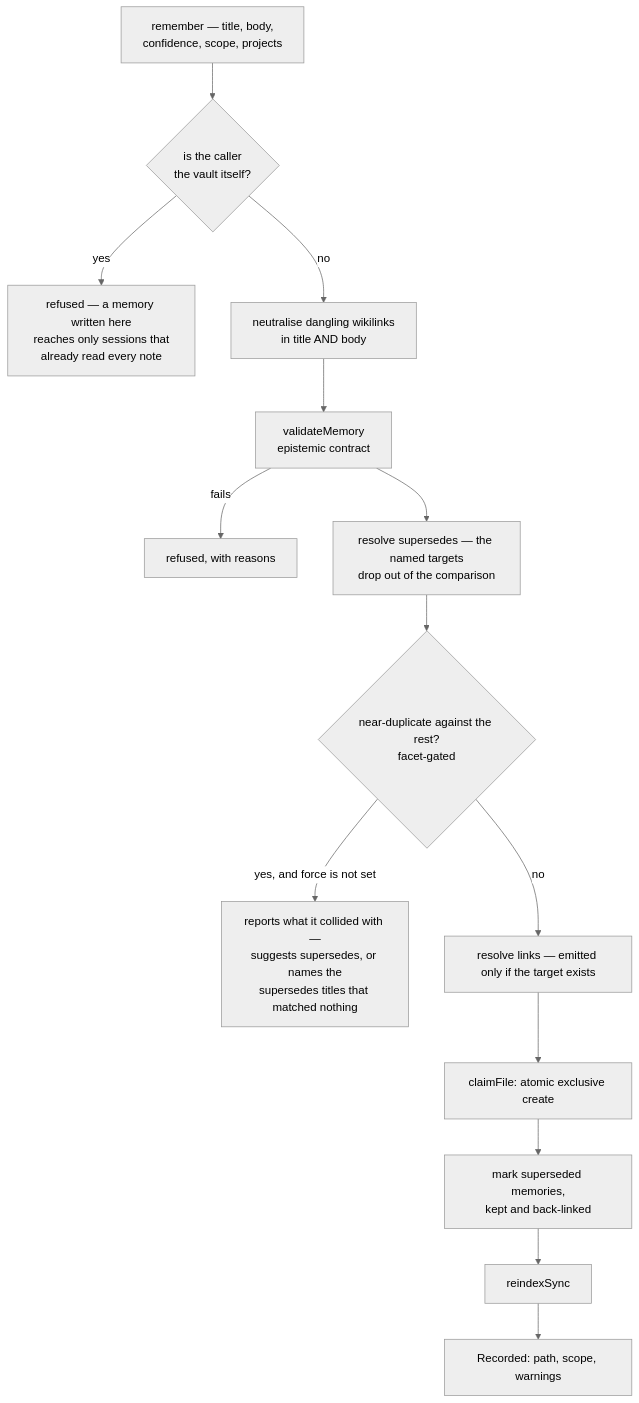
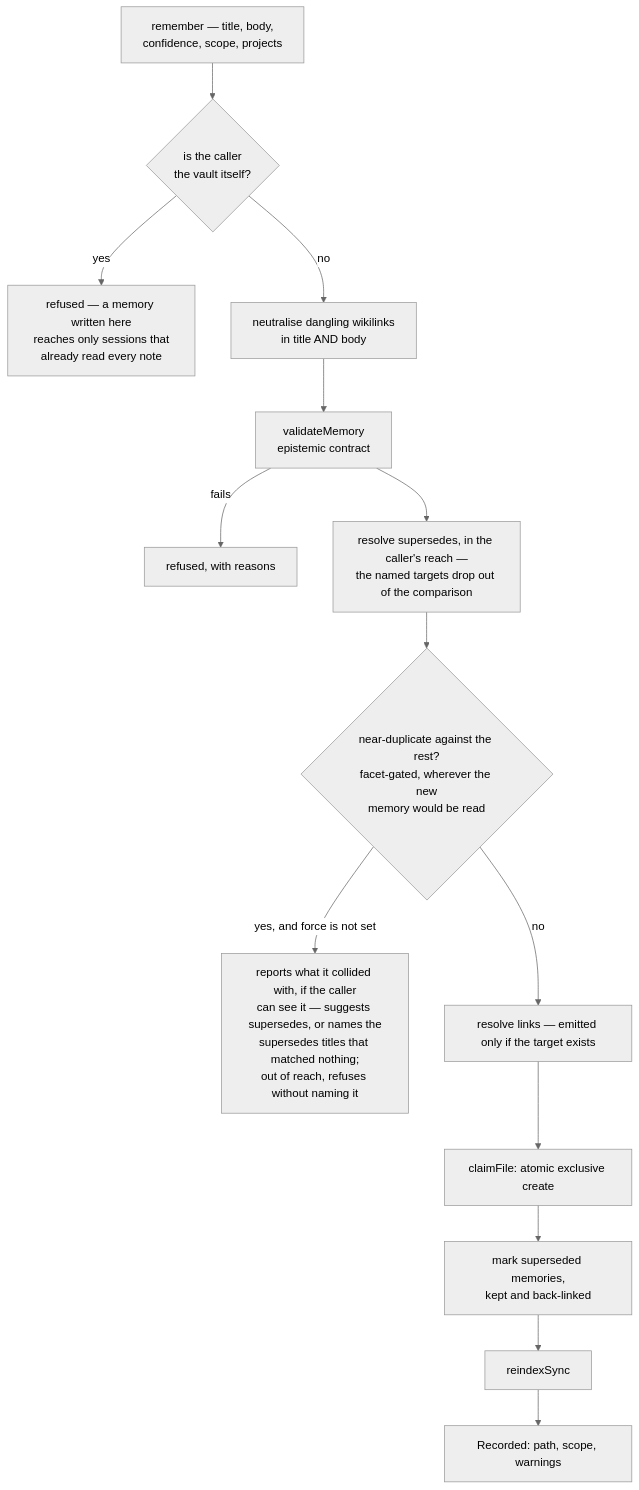
Diagram 16 of 21 in ARCHITECTURE.md (breferrari/obsidian-mind), drawn with Mermaid (neutral theme) before and after one commit.

Commit message:
docs: say the near-duplicate check runs where the new memory would be read, naming only what's in reach (#375)

````diff
--- a/ARCHITECTURE.md
+++ b/ARCHITECTURE.md
@@ -733,16 +733,16 @@
 ```mermaid
 flowchart TB
     Call["remember — title, body,<br/>confidence, scope, projects"] --> Vault{"is the caller<br/>the vault itself?"}
     Vault -->|yes| Refuse["refused — a memory written here<br/>reaches only sessions that<br/>already read every note"]
     Vault -->|no| Neut["neutralise dangling wikilinks<br/>in title AND body"]
     Neut --> Val["validateMemory<br/>epistemic contract"]
     Val -->|fails| Report["refused, with reasons"]
-    Val --> Sup0["resolve supersedes — the named targets<br/>drop out of the comparison"]
-    Sup0 --> Dup{"near-duplicate against the rest?<br/>facet-gated"}
-    Dup -->|"yes, and force is not set"| Collide["reports what it collided with —<br/>suggests supersedes, or names the<br/>supersedes titles that matched nothing"]
+    Val --> Sup0["resolve supersedes, in the caller's reach —<br/>the named targets drop out of the comparison"]
+    Sup0 --> Dup{"near-duplicate against the rest?<br/>facet-gated, wherever the new<br/>memory would be read"}
+    Dup -->|"yes, and force is not set"| Collide["reports what it collided with, if the caller<br/>can see it — suggests supersedes, or names the<br/>supersedes titles that matched nothing;<br/>out of reach, refuses without naming it"]
     Dup -->|no| Links["resolve links — emitted only if the target exists"]
     Links --> Write["claimFile: atomic exclusive create"]
     Write --> Sup["mark superseded memories,<br/>kept and back-linked"]
     Sup --> Idx["reindexSync"]
     Idx --> Done["Recorded: path, scope, warnings"]
 ```
````
